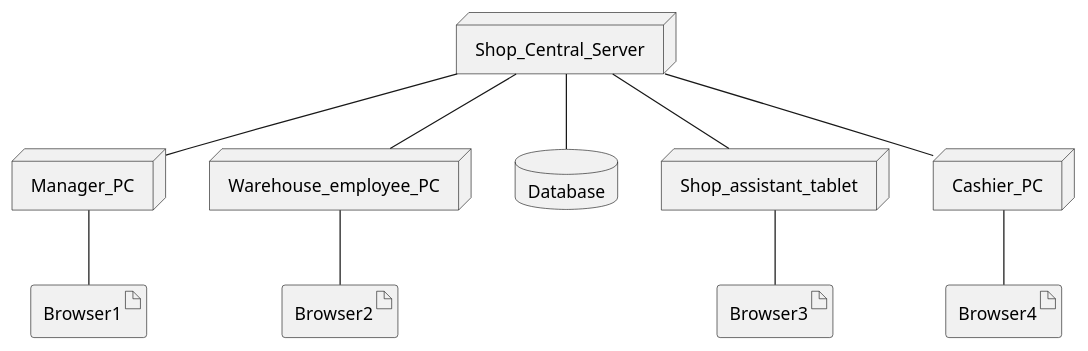
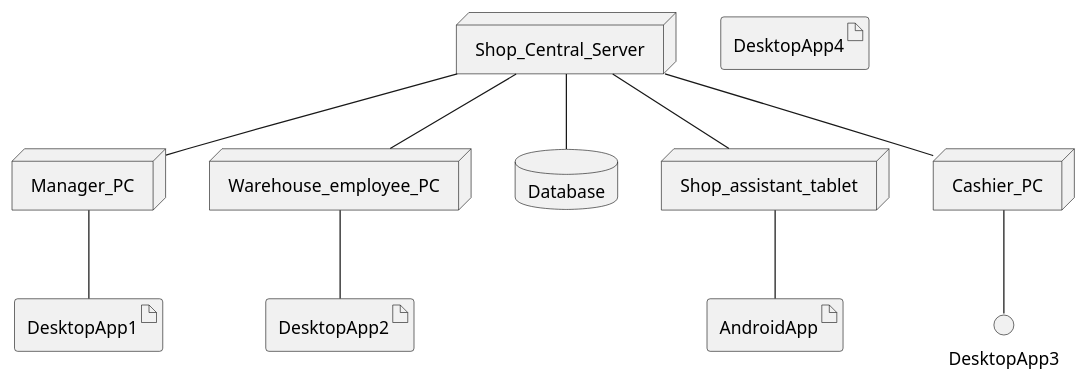
The third of 3 diagrams in Deliverables/RequirementsDocument.md (marco-ballario/EzShop), drawn with PlantUML before and after one commit.

````diff
--- a/Deliverables/RequirementsDocument.md
+++ b/Deliverables/RequirementsDocument.md
@@ -439,24 +439,24 @@
 ```plantuml
 node Manager_PC
 node Warehouse_employee_PC
 database Database
 node Shop_assistant_tablet
 node Cashier_PC
 node Shop_Central_Server
 
-artifact Browser1
-artifact Browser2
-artifact Browser3
-artifact Browser4
+artifact DesktopApp1
+artifact DesktopApp2
+artifact AndroidApp
+artifact DesktopApp4
 
 Shop_Central_Server -- Manager_PC
 Shop_Central_Server -- Warehouse_employee_PC
 Shop_Central_Server -- Database
 Shop_Central_Server -- Shop_assistant_tablet
 Shop_Central_Server -- Cashier_PC
-Manager_PC -- Browser1
-Shop_assistant_tablet -- Browser3
-Warehouse_employee_PC -- Browser2
-Cashier_PC -- Browser4
+Manager_PC -- DesktopApp1
+Shop_assistant_tablet -- AndroidApp
+Warehouse_employee_PC -- DesktopApp2
+Cashier_PC -- DesktopApp3
 
 ```
````
